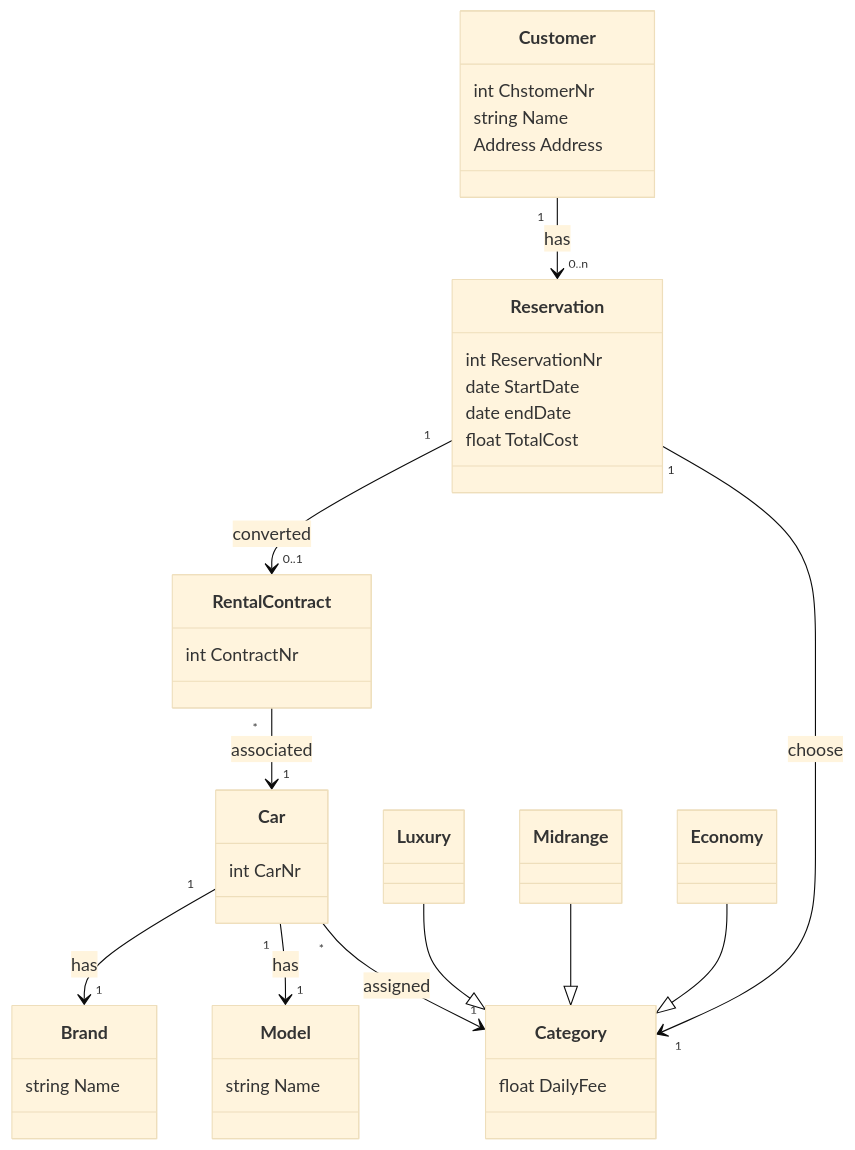
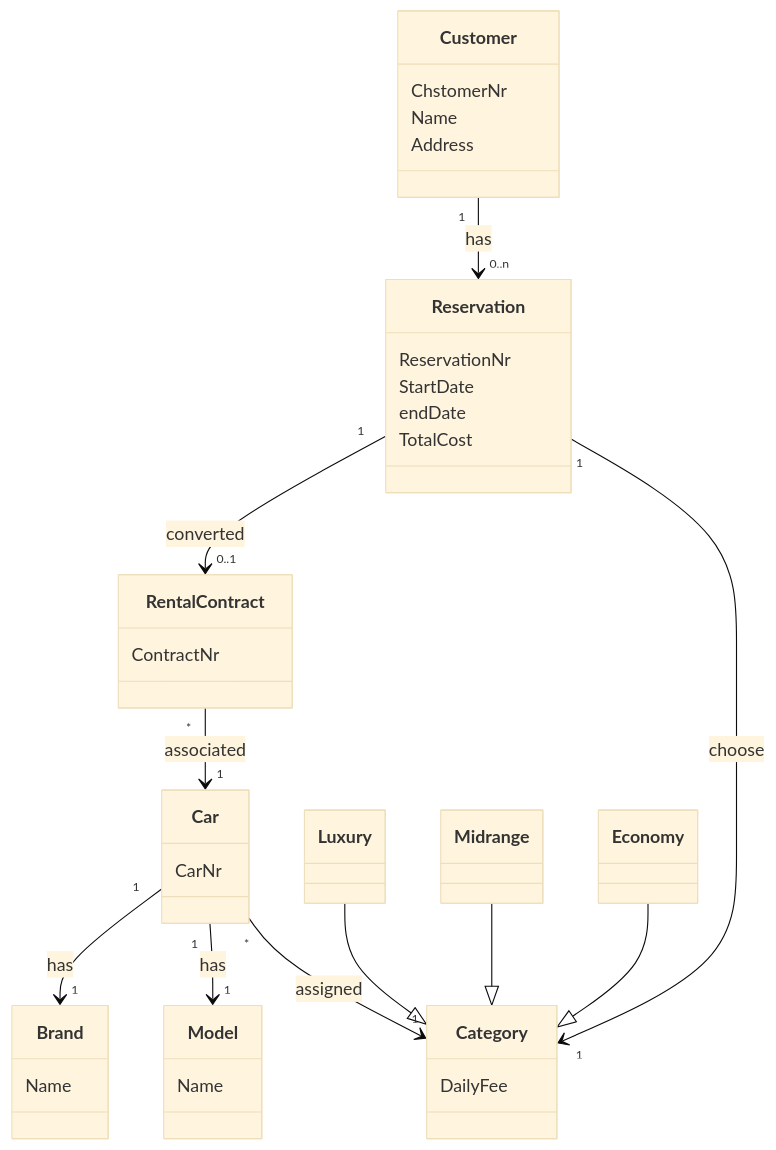
The fourth of 4 diagrams in README.md (tsolenthaler/zbw-sad-carrent2124), drawn with Mermaid (base theme) before and after one commit.

Commit message:
fix Properties

````diff
--- a/README.md
+++ b/README.md
@@ -86,52 +86,52 @@
 ```mermaid
 classDiagram
 class Customer{
-    int ChstomerNr
-    string Name
-    Address Address
+    ChstomerNr
+    Name
+    Address
 }
 
 class Reservation{
-    int ReservationNr
-    date StartDate
-    date endDate
-    float TotalCost
+    ReservationNr
+    StartDate
+    endDate
+    TotalCost
 }
 
 class RentalContract{
-    int ContractNr
+    ContractNr
 }
 
 class Car{
-    int CarNr
+    CarNr
 }
 
 class Model{
-    string Name
+    Name
 }
 
 class Brand{
-    string Name
+    Name
 }
 
 class Category {
-    float DailyFee
+    DailyFee
 }
 
 class Luxury
 class Midrange
 class Economy
 
 Customer "1" --> "0..n" Reservation : has
 Reservation "1" --> "0..1" RentalContract : converted
 Reservation "1" --> "1" Category : choose
 RentalContract "*" --> "1" Car : associated
 Car "1" --> "1" Brand : has
 Car "1" --> "1" Model : has
 Car "*" --> "1" Category : assigned
 Luxury --|> Category
 Midrange --|> Category
 Economy --|> Category
 
 
 ```
````
